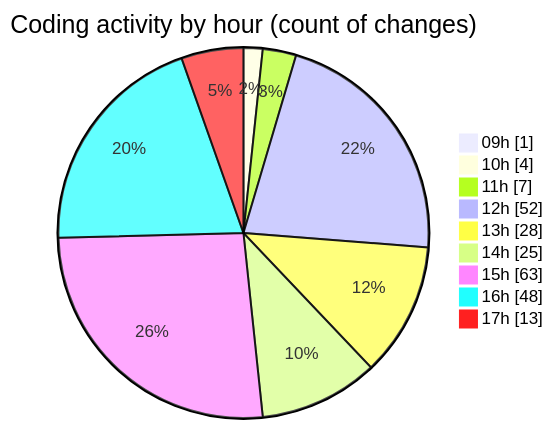
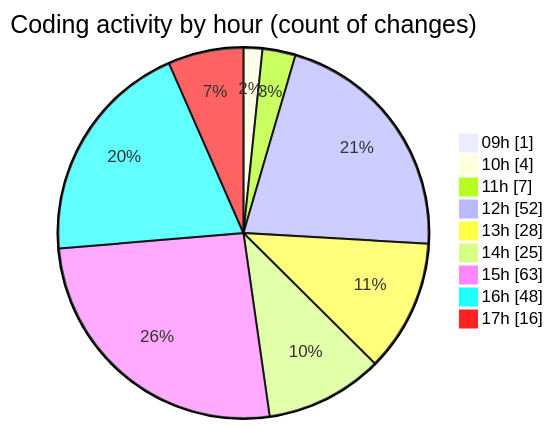
The second of 2 diagrams in 2025-04-07/cda/README.md (momahboobian/code-tracking), drawn with Mermaid before and after one commit. The commit also changed other lines of this file and 1 other file, not shown here.

````diff
--- a/2025-04-07/cda/README.md
+++ b/2025-04-07/cda/README.md
@@ -40,13 +41,13 @@
 ```mermaid
 pie showData
 title Coding activity by hour (count of changes)
 "09h" : 1
 "10h" : 4
 "11h" : 7
 "12h" : 52
 "13h" : 28
 "14h" : 25
 "15h" : 63
 "16h" : 48
-"17h" : 13
+"17h" : 16
 ```
````
